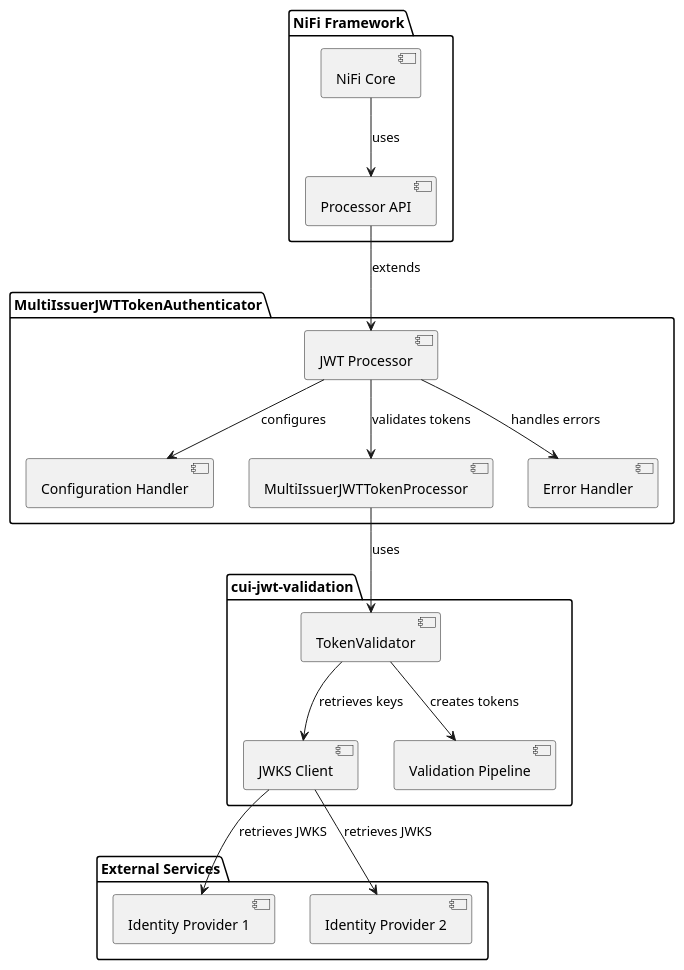
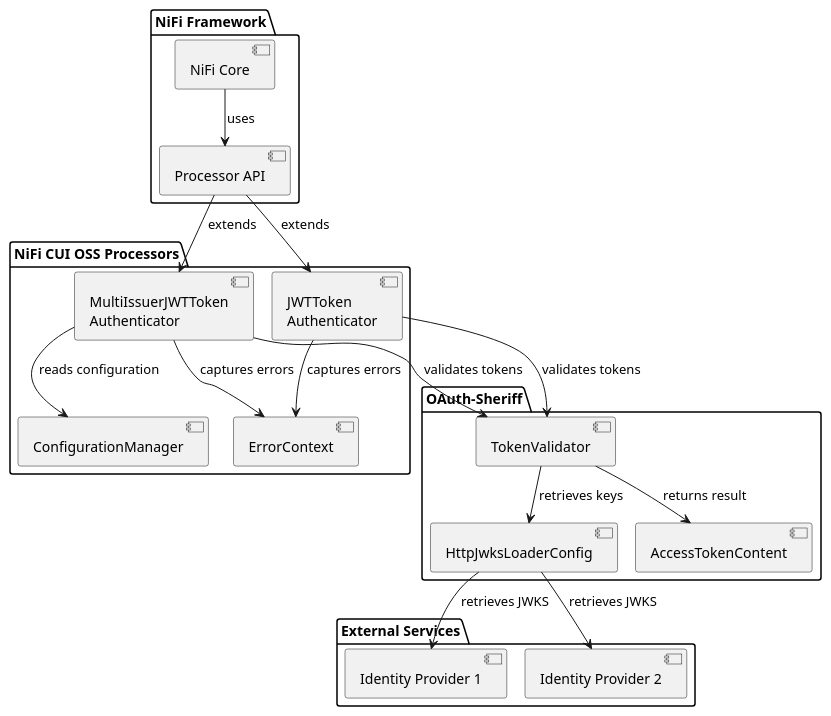
Before and after one commit to cuioss/nifi-extensions: the diagram in doc/plantuml/architecture.puml, drawn with PlantUML. The commit also changed 39 other files, not shown here.

First line of the commit message:
fix: update PlantUML diagrams with correct library and component names (#117)

```diff
--- a/doc/plantuml/architecture.puml
+++ b/doc/plantuml/architecture.puml
@@ -1,38 +1,42 @@
 @startuml
+!pragma layout smetana
 package "NiFi Framework" {
   [NiFi Core] as NiFiCore
   [Processor API] as ProcessorAPI
 }
 
-package "MultiIssuerJWTTokenAuthenticator" {
-  [JWT Processor] as JWTProcessor
-  [Configuration Handler] as ConfigHandler
-  [MultiIssuerJWTTokenProcessor] as MultiIssuerJWTTokenProcessor
-  [Error Handler] as ErrorHandler
+package "NiFi CUI OSS Processors" {
+  [MultiIssuerJWTToken\nAuthenticator] as MultiIssuer
+  [JWTToken\nAuthenticator] as SimpleAuth
+  [ConfigurationManager] as ConfigManager
+  [ErrorContext] as ErrorContext
 }
 
-package "cui-jwt-validation" {
+package "OAuth-Sheriff" {
   [TokenValidator] as TokenValidator
-  [JWKS Client] as JWKSClient
-  [Validation Pipeline] as ValidationPipeline
+  [HttpJwksLoaderConfig] as JwksLoader
+  [AccessTokenContent] as TokenContent
 }
 
 package "External Services" {
   [Identity Provider 1] as IDP1
   [Identity Provider 2] as IDP2
 }
 
 NiFiCore --> ProcessorAPI : uses
-ProcessorAPI --> JWTProcessor : extends
+ProcessorAPI --> MultiIssuer : extends
+ProcessorAPI --> SimpleAuth : extends
 
-JWTProcessor --> ConfigHandler : configures
-JWTProcessor --> MultiIssuerJWTTokenProcessor : validates tokens
-JWTProcessor --> ErrorHandler : handles errors
+MultiIssuer --> ConfigManager : reads configuration
+MultiIssuer --> TokenValidator : validates tokens
+MultiIssuer --> ErrorContext : captures errors
 
-MultiIssuerJWTTokenProcessor --> TokenValidator : uses
-TokenValidator --> JWKSClient : retrieves keys
-TokenValidator --> ValidationPipeline : creates tokens
+SimpleAuth --> TokenValidator : validates tokens
+SimpleAuth --> ErrorContext : captures errors
 
-JWKSClient --> IDP1 : retrieves JWKS
-JWKSClient --> IDP2 : retrieves JWKS
+TokenValidator --> JwksLoader : retrieves keys
+TokenValidator --> TokenContent : returns result
+
+JwksLoader --> IDP1 : retrieves JWKS
+JwksLoader --> IDP2 : retrieves JWKS
 @enduml
```
